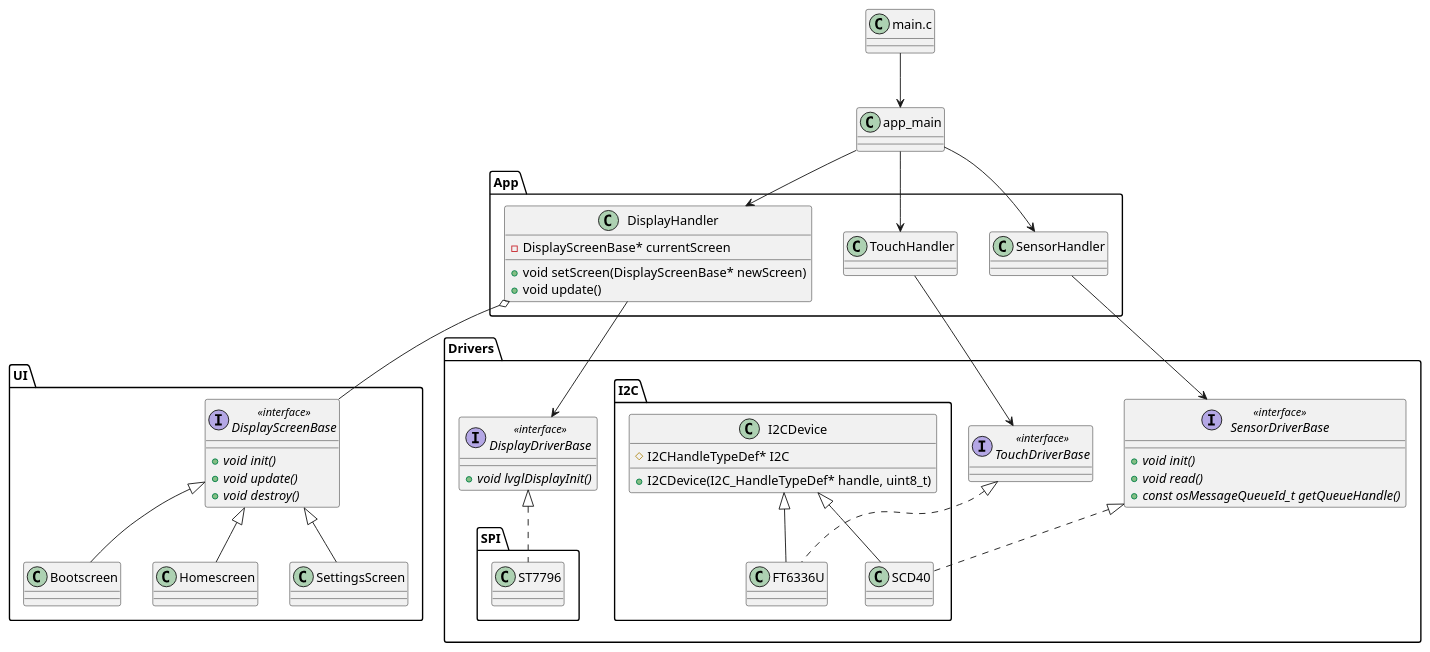
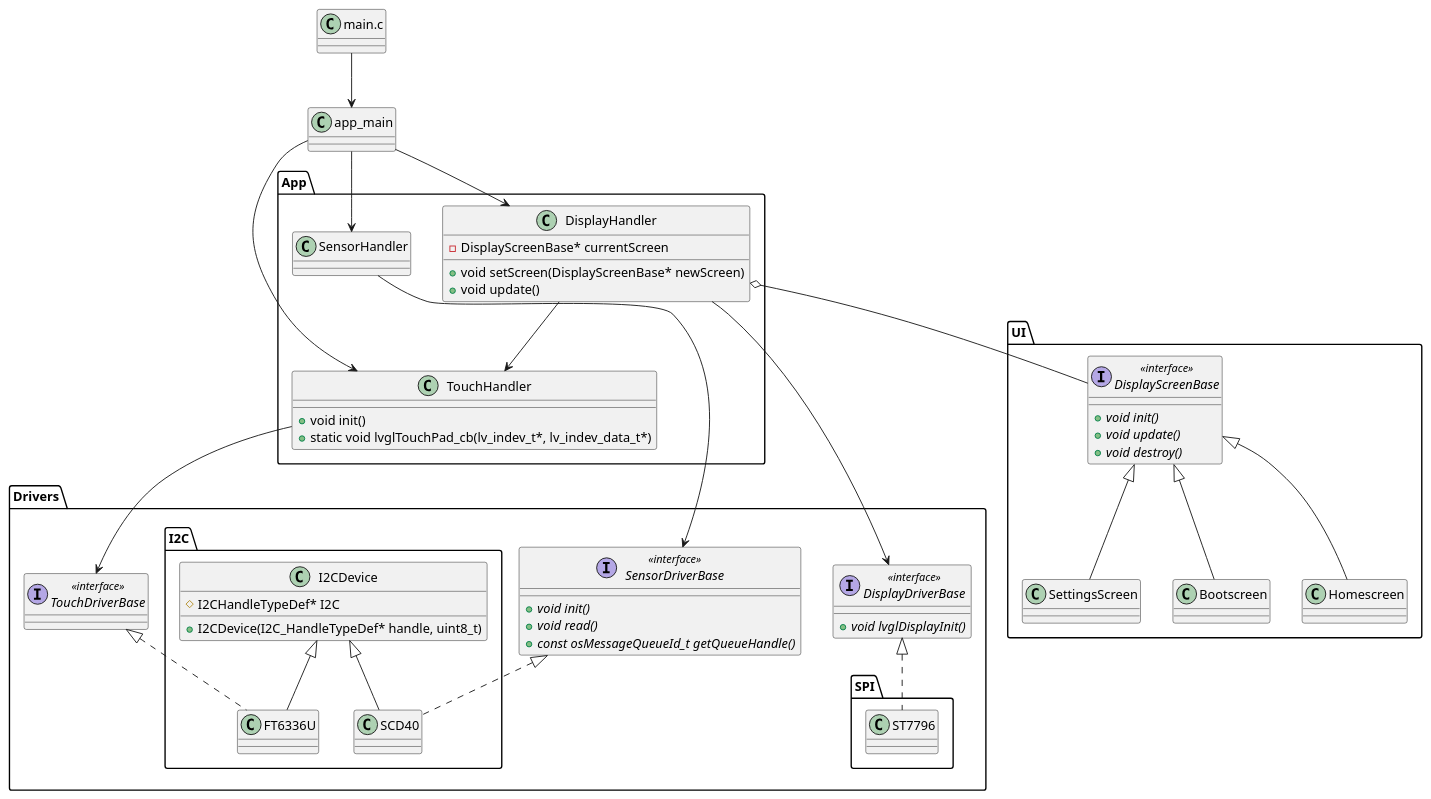
The diagram in Docs/class.puml (CookieLover3000/Co2-Sensor-PoC), drawn with PlantUML before and after one commit. The commit also changed 9 other files, not shown here.

First line of the commit message:
Implement touch driver into lvgl touch system.

```diff
--- a/Docs/class.puml
+++ b/Docs/class.puml
@@ -1,100 +1,102 @@
 @startuml Co2 Monitor Class Diagram
 class "main.c" as MainC {
 
 }
 
 class app_main {
 
 }
 namespace App {
     class DisplayHandler {
         - DisplayScreenBase* currentScreen
         + void setScreen(DisplayScreenBase* newScreen)
         + void update()
     }
     class TouchHandler {
-
+        + void init()
+        + static void lvglTouchPad_cb(lv_indev_t*, lv_indev_data_t*)
     }
     class SensorHandler {
 
     }
 }
 
 namespace UI {
 
     Interface DisplayScreenBase <<interface>>{
         + {abstract} void init()
         + {abstract} void update()
         + {abstract} void destroy()
     }
     
     class Bootscreen {
 
     }
     class Homescreen {
 
     }
     class SettingsScreen {
 
     }
 }
 
 namespace Drivers {
 
     interface DisplayDriverBase <<interface>>{
         + {abstract} void lvglDisplayInit()
     }
 
     interface TouchDriverBase <<interface>>{
 
     }
 
     interface SensorDriverBase <<interface>>{
         + {abstract} void init()
         + {abstract} void read()
         + {abstract} const osMessageQueueId_t getQueueHandle()
     }
 
     namespace SPI {
         class ST7796 {
 
         }
     }
     namespace I2C {
         class I2CDevice {
             # I2CHandleTypeDef* I2C
             + I2CDevice(I2C_HandleTypeDef* handle, uint8_t)
         }
 
 
         class FT6336U {
 
         }
 
         class SCD40 {
 
         }
     }
 }
 
 'Relations
 MainC --> app_main
 app_main --> DisplayHandler
 app_main --> TouchHandler
 app_main --> SensorHandler
 
+DisplayHandler --> TouchHandler
 DisplayHandler --> DisplayDriverBase
 DisplayHandler o-- DisplayScreenBase
 DisplayScreenBase <|-- Homescreen
 DisplayScreenBase <|-- SettingsScreen
 DisplayScreenBase <|-- Bootscreen
 TouchHandler --> TouchDriverBase
 SensorHandler --> SensorDriverBase
 
 I2CDevice <|-- FT6336U
 I2CDevice <|-- SCD40
 
 DisplayDriverBase <|.. ST7796
 TouchDriverBase <|.. FT6336U
 SensorDriverBase <|.. SCD40
 @enduml
```
